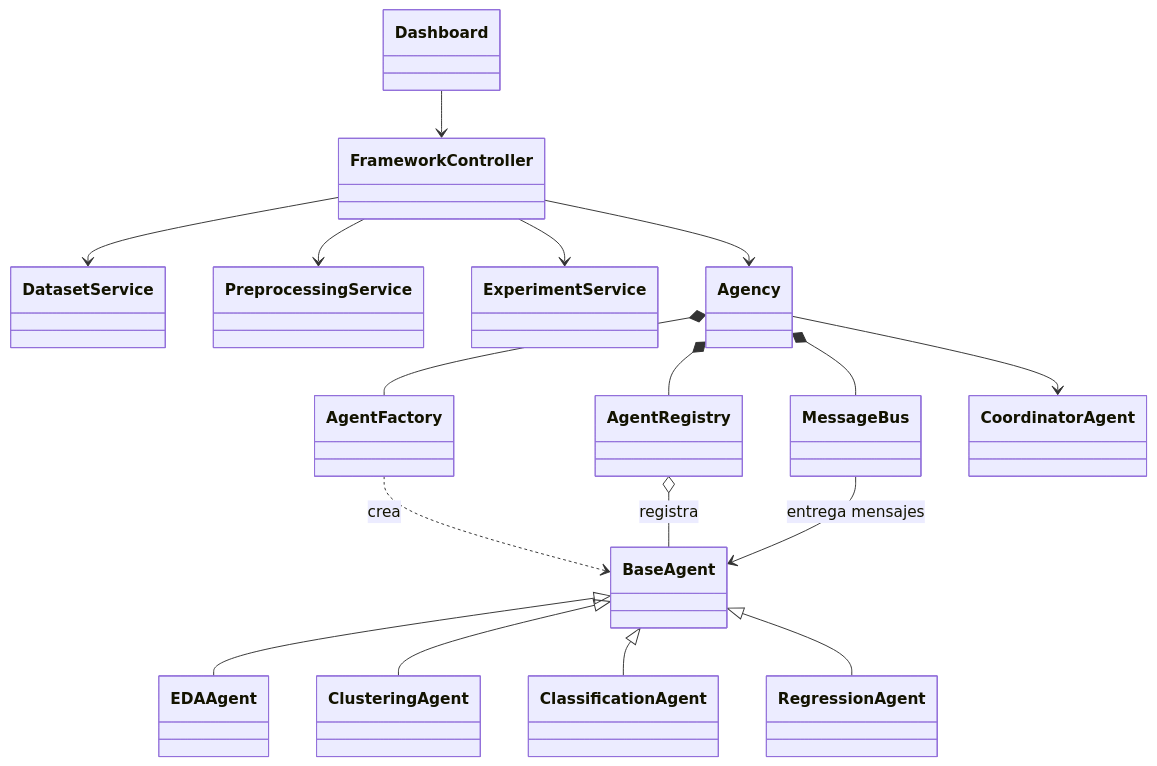
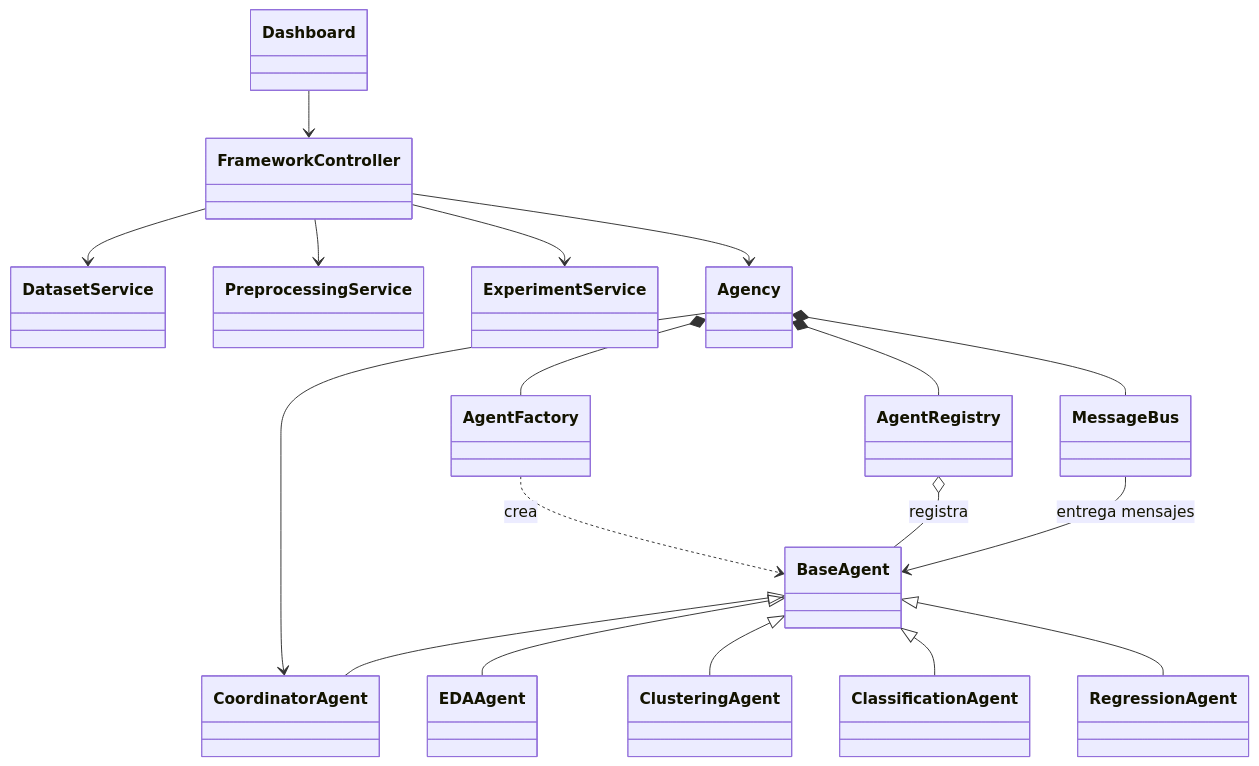
One commit to LuiAlv2502/ML_Framework changed the second of 3 diagrams in docs/DIAGRAMAS.md. Above: the diagram before and after it, drawn with Mermaid. The commit also changed other lines of this file and 32 other files, not shown here.

First line of the commit message:
Actualiza la documentación y los diagramas del framework; agrega imágenes de capturas y mejora el script de generación de reportes

````diff
--- a/docs/DIAGRAMAS.md
+++ b/docs/DIAGRAMAS.md
@@ -29,34 +39,35 @@
 ```mermaid
 classDiagram
     class Dashboard
     class FrameworkController
     class DatasetService
     class PreprocessingService
     class ExperimentService
     class Agency
     class AgentRegistry
     class AgentFactory
     class MessageBus
     class CoordinatorAgent
     class BaseAgent
     class EDAAgent
     class ClusteringAgent
     class ClassificationAgent
     class RegressionAgent
     Dashboard --> FrameworkController
     FrameworkController --> DatasetService
     FrameworkController --> PreprocessingService
     FrameworkController --> ExperimentService
     FrameworkController --> Agency
     Agency *-- AgentRegistry
     Agency *-- AgentFactory
     Agency *-- MessageBus
     Agency --> CoordinatorAgent
+    BaseAgent <|-- CoordinatorAgent
     BaseAgent <|-- EDAAgent
     BaseAgent <|-- ClusteringAgent
     BaseAgent <|-- ClassificationAgent
     BaseAgent <|-- RegressionAgent
     AgentFactory ..> BaseAgent : crea
     AgentRegistry o-- BaseAgent : registra
     MessageBus --> BaseAgent : entrega mensajes
 ```
````
